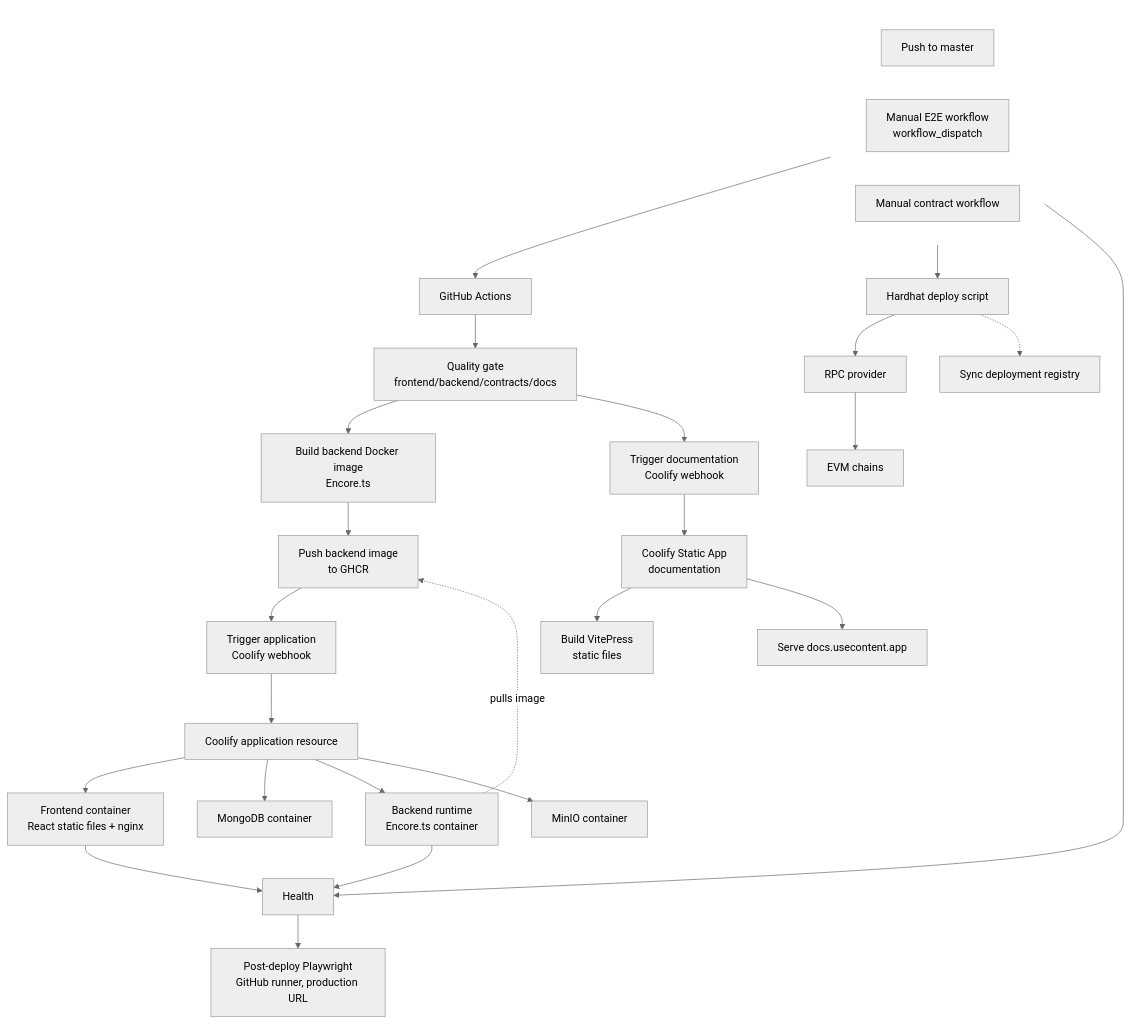
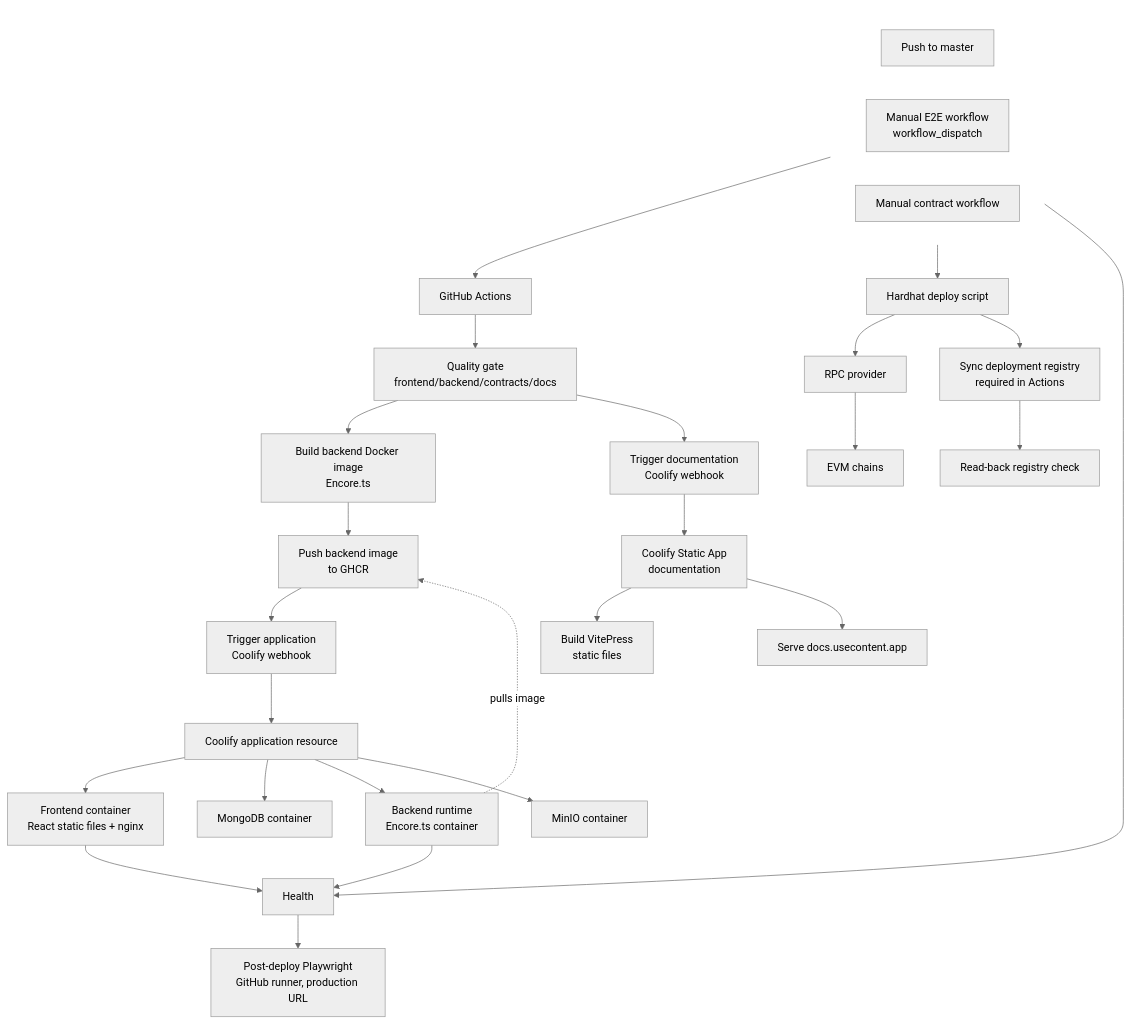
One commit to akhmetovKamil/useContent changed the first of 3 diagrams in documentation/deployment/index.md. Above: the diagram before and after it, drawn with Mermaid (neutral theme). The commit also changed other lines of this file and 6 other files, not shown here.

Commit message:
Require platform deployment registry sync

````diff
--- a/documentation/deployment/index.md
+++ b/documentation/deployment/index.md
@@ -23,40 +23,41 @@
 ```mermaid
 flowchart TD
     subgraph Triggers["Deployment triggers"]
         direction LR
         Push["Push to master"]
         ManualE2E["Manual E2E workflow<br/>workflow_dispatch"]
         Manual["Manual contract workflow"]
     end
 
     Push --> Actions["GitHub Actions"]
     Manual --> Hardhat["Hardhat deploy script"]
 
     Actions --> Gate["Quality gate<br/>frontend/backend/contracts/docs"]
 
     Gate --> BackendImage["Build backend Docker image<br/>Encore.ts"]
     BackendImage --> GHCR["Push backend image<br/>to GHCR"]
     GHCR --> AppWebhook["Trigger application<br/>Coolify webhook"]
     AppWebhook --> CoolifyApp["Coolify application resource"]
 
     Gate --> DocsWebhook["Trigger documentation<br/>Coolify webhook"]
     DocsWebhook --> CoolifyDocs["Coolify Static App<br/>documentation"]
     CoolifyDocs --> DocsBuild["Build VitePress<br/>static files"]
     CoolifyDocs --> DocsStatic["Serve docs.usecontent.app"]
 
     CoolifyApp --> Frontend["Frontend container<br/>React static files + nginx"]
     CoolifyApp --> Mongo["MongoDB container"]
     CoolifyApp --> Backend["Backend runtime<br/>Encore.ts container"]
     CoolifyApp --> MinIO["MinIO container"]
     Backend -.->|pulls image| GHCR
     Frontend --> Health
     Backend --> Health
     Health --> Smoke["Post-deploy Playwright<br/>GitHub runner, production URL"]
 
     Hardhat --> RPC["RPC provider"]
-    Hardhat -.-> Registry["Sync deployment registry"]
+    Hardhat --> Registry["Sync deployment registry<br/>required in Actions"]
+    Registry --> RegistryCheck["Read-back registry check"]
     RPC --> Chains["EVM chains"]
     ManualE2E --> Health
 
     style Triggers fill:transparent,stroke:transparent,color:transparent
 ```
````
